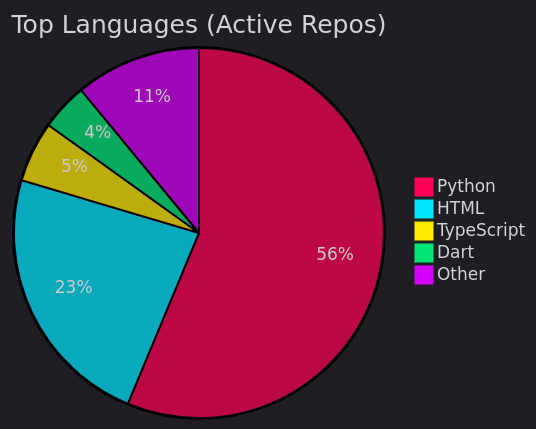
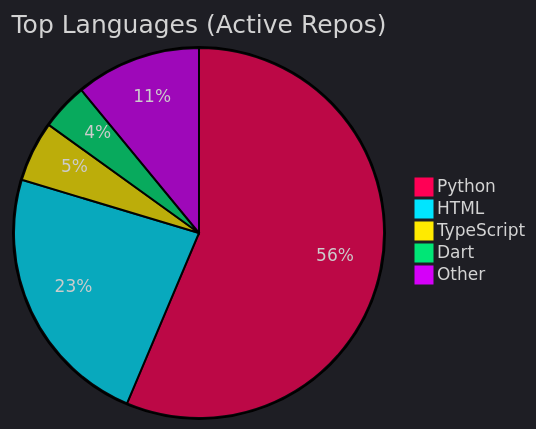
The diagram in README.md (Nzettodess/Nzettodess), drawn with Mermaid before and after one commit. The commit also changed other lines of this file, not shown here.

Commit message:
Update recent activity [skip ci]

````diff
--- a/README.md
+++ b/README.md
@@ -35,9 +35,9 @@
 ```mermaid
 %%{init: {'theme': 'dark', 'themeVariables': { 'pie1': '#FF0055', 'pie2': '#00E5FF', 'pie3': '#FFEA00', 'pie4': '#00E676', 'pie5': '#D500F9' }}}%%
 pie title Top Languages (Active Repos)
-    "Python" : 56.29
-    "HTML" : 23.32
-    "TypeScript" : 5.30
-    "Dart" : 4.12
-    "Other" : 10.98
+    "Python" : 56.36
+    "HTML" : 23.28
+    "TypeScript" : 5.29
+    "Dart" : 4.11
+    "Other" : 10.96
 ```
````
